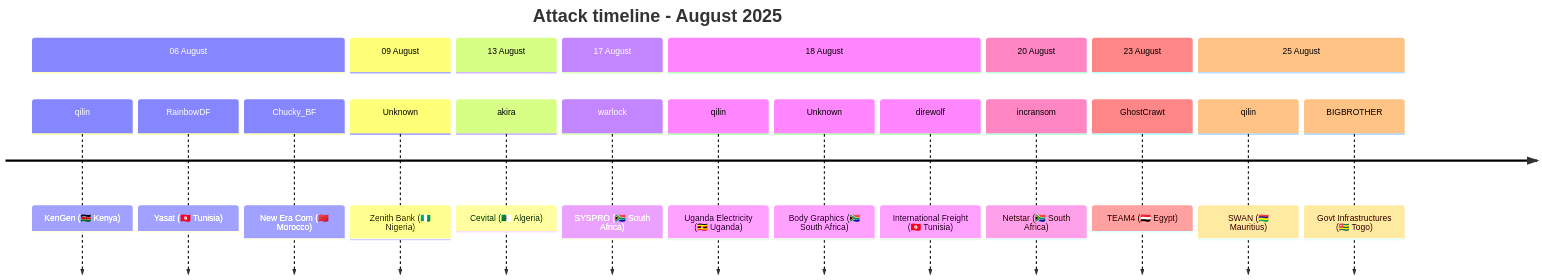
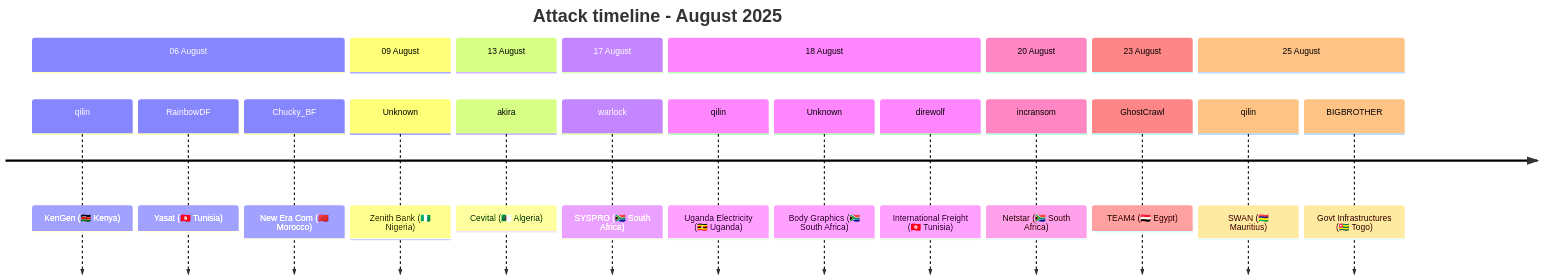
Before and after one commit to Hatchepsoute/AFRINTEL: the fifth of 5 diagrams in CyberAttackAfrica/2025/08-august/README.md, drawn with Mermaid. The commit also changed other lines of this file and 255 other files, not shown here.

````diff
--- a/CyberAttackAfrica/2025/08-august/README.md
+++ b/CyberAttackAfrica/2025/08-august/README.md
@@ -163,26 +163,26 @@
 ```mermaid
 timeline
     title Attack timeline - August 2025
 
     section 06 August
         qilin : KenGen (🇰🇪 Kenya)
         RainbowDF : Yasat (🇹🇳 Tunisia)
         Chucky_BF : New Era Com (🇲🇦 Morocco)
     section 09 August
         Unknown : Zenith Bank (🇳🇬 Nigeria)
     section 13 August
         akira : Cevital (🇩🇿 Algeria)
     section 17 August
         warlock : SYSPRO (🇿🇦 South Africa)
     section 18 August
         qilin : Uganda Electricity (🇺🇬 Uganda)
         Unknown : Body Graphics (🇿🇦 South Africa)
         direwolf : International Freight (🇹🇳 Tunisia)
     section 20 August
         incransom : Netstar (🇿🇦 South Africa)
     section 23 August
-        GhostCrawt : TEAM4 (🇪🇬 Egypt)
+        GhostCrawl : TEAM4 (🇪🇬 Egypt)
     section 25 August
         qilin : SWAN (🇲🇺 Mauritius)
         BIGBROTHER : Govt Infrastructures (🇹🇬 Togo)
 ```
````
